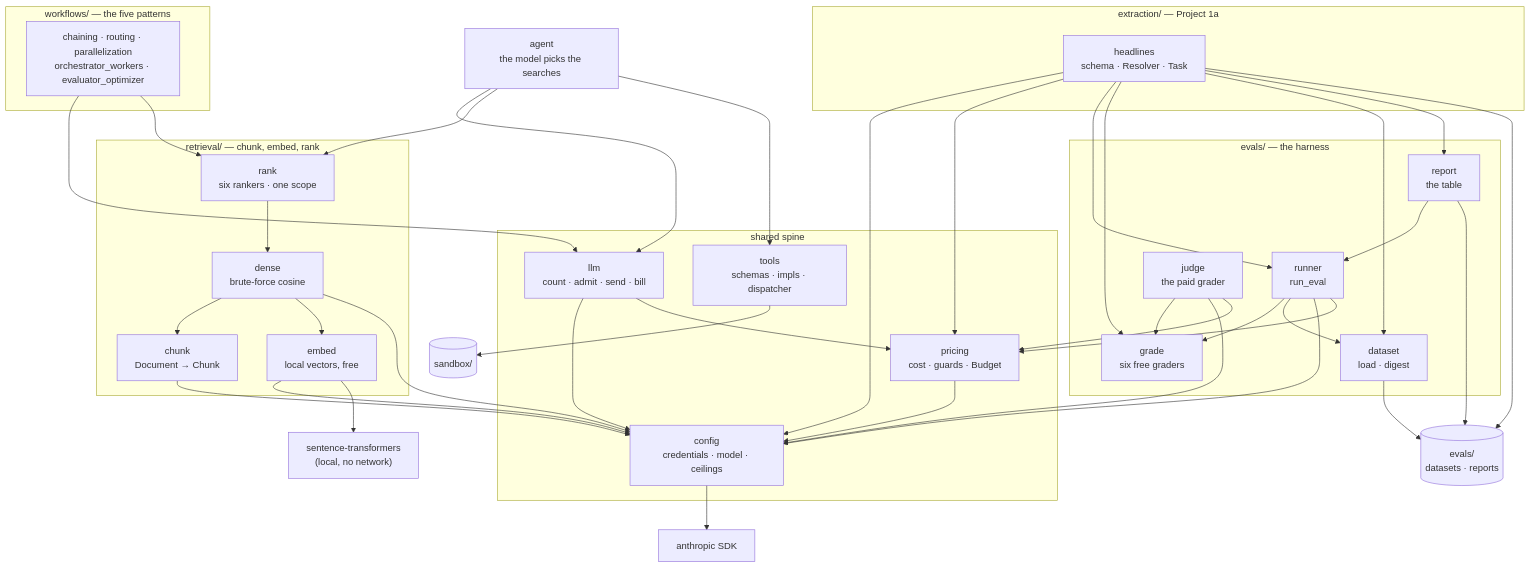
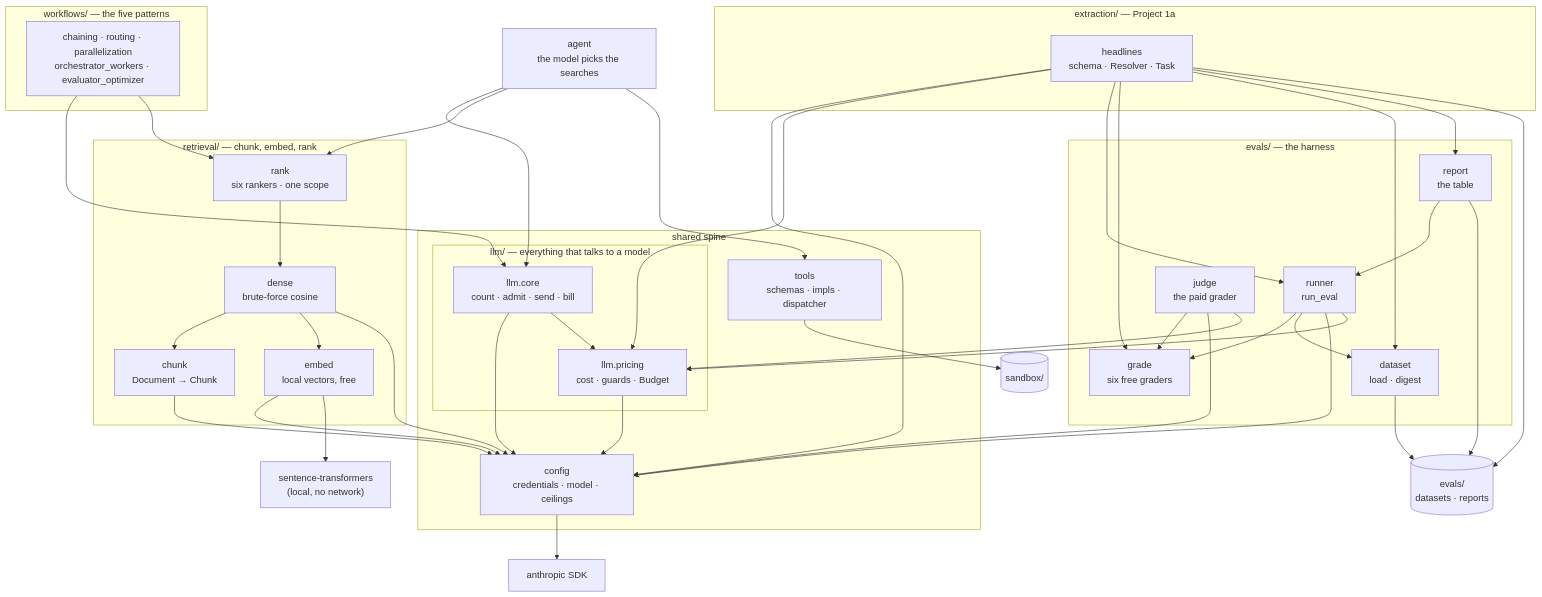
The diagram in docs/knowledge-graph.md (vedantdeo/aigent), drawn with Mermaid before and after one commit. The commit also changed other lines of this file and 52 other files, not shown here.

First line of the commit message:
Gather everything that talks to a model into llm/: core, messages, pricing, adapters

````diff
--- a/docs/knowledge-graph.md
+++ b/docs/knowledge-graph.md
@@ -67,57 +72,59 @@
 ```mermaid
 graph TD
     subgraph retrieval["retrieval/ — chunk, embed, rank"]
         CHK["chunk<br/>Document → Chunk"]
         EMB["embed<br/>local vectors, free"]
         STR["dense<br/>brute-force cosine"]
         RANK["rank<br/>six rankers · one scope"]
     end
 
     subgraph workflows["workflows/ — the five patterns"]
         PAT["chaining · routing · parallelization<br/>orchestrator_workers · evaluator_optimizer"]
     end
 
     AG["agent<br/>the model picks the searches"]
 
     subgraph extraction["extraction/ — Project 1a"]
         HL["headlines<br/>schema · Resolver · Task"]
     end
 
     subgraph evals["evals/ — the harness"]
         RUN["runner<br/>run_eval"]
         GRD["grade<br/>six free graders"]
         JDG["judge<br/>the paid grader"]
         DAT["dataset<br/>load · digest"]
         REP["report<br/>the table"]
     end
 
     subgraph shared["shared spine"]
         CFG["config<br/>credentials · model · ceilings"]
-        PRC["pricing<br/>cost · guards · Budget"]
-        LLMD["llm<br/>count · admit · send · bill"]
+        subgraph llmpkg["llm/ — everything that talks to a model"]
+            PRC["llm.pricing<br/>cost · guards · Budget"]
+            LLMD["llm.core<br/>count · admit · send · bill"]
+        end
         TOOLS["tools<br/>schemas · impls · dispatcher"]
     end
 
     SDK["anthropic SDK"]
     BOX[("sandbox/")]
     DISK[("evals/<br/>datasets · reports")]
 
     RUN --> GRD & DAT & CFG & PRC
     JDG --> GRD & CFG & PRC
     CHK --> CFG
     EMB --> CFG
     STR --> CHK & EMB & CFG
     RANK --> STR
     PAT --> LLMD & RANK
     AG --> LLMD & RANK & TOOLS
     EMB --> ST2["sentence-transformers<br/>(local, no network)"]
     REP --> RUN
     HL --> CFG & PRC
     HL --> RUN & GRD & DAT & REP
     HL --> DISK
     DAT & REP --> DISK
     PRC --> CFG
     LLMD --> CFG & PRC
     CFG --> SDK
     TOOLS --> BOX
 ```
````
